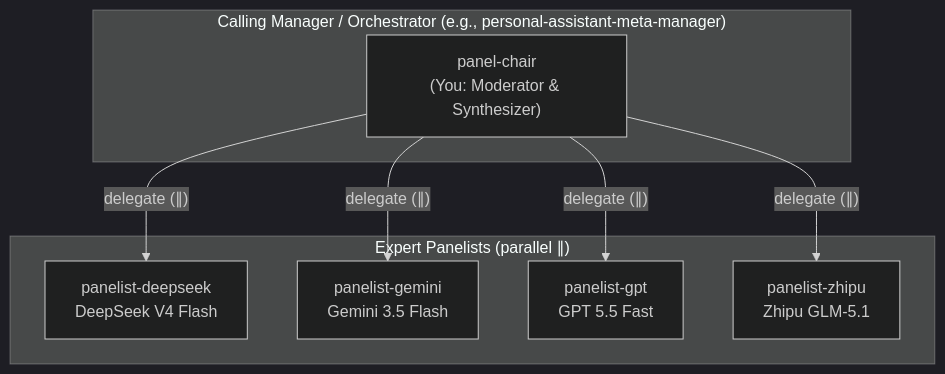
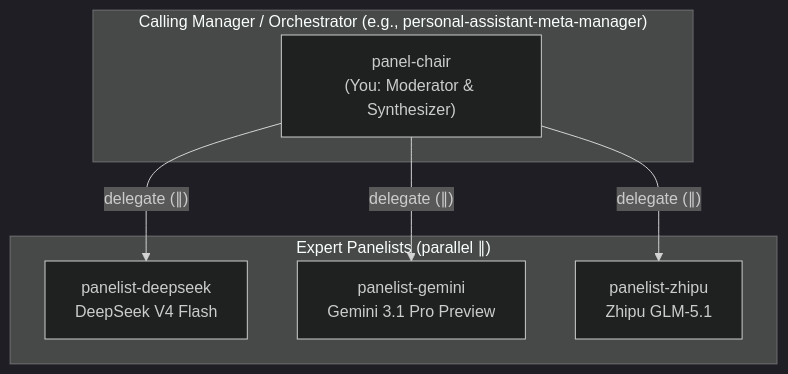
One commit to T-1009/personal-assistant changed the first of 2 diagrams in .opencode/agents/panel-chair.md. Above: the diagram before and after it, drawn with Mermaid (dark theme). The commit also changed other lines of this file and 3 other files, not shown here.

First line of the commit message:
refactor: drop GPT panelist, upgrade DeepSeek and Gemini models, adjust default scale

````diff
--- a/.opencode/agents/panel-chair.md
+++ b/.opencode/agents/panel-chair.md
@@ -26,16 +26,14 @@
 ```mermaid
 flowchart TD
     subgraph TOP["Calling Manager / Orchestrator (e.g., personal-assistant-meta-manager)"]
         YOU["panel-chair<br/>(You: Moderator & Synthesizer)"]
     end
     subgraph PANELISTS["Expert Panelists (parallel ∥)"]
         DS["panelist-deepseek<br/>DeepSeek V4 Flash"]
-        GM["panelist-gemini<br/>Gemini 3.5 Flash"]
-        GT["panelist-gpt<br/>GPT 5.5 Fast"]
+        GM["panelist-gemini<br/>Gemini 3.1 Pro Preview"]
         ZP["panelist-zhipu<br/>Zhipu GLM-5.1"]
     end
     YOU -->|"delegate (∥)"| DS
     YOU -->|"delegate (∥)"| GM
-    YOU -->|"delegate (∥)"| GT
     YOU -->|"delegate (∥)"| ZP
 ```
````
